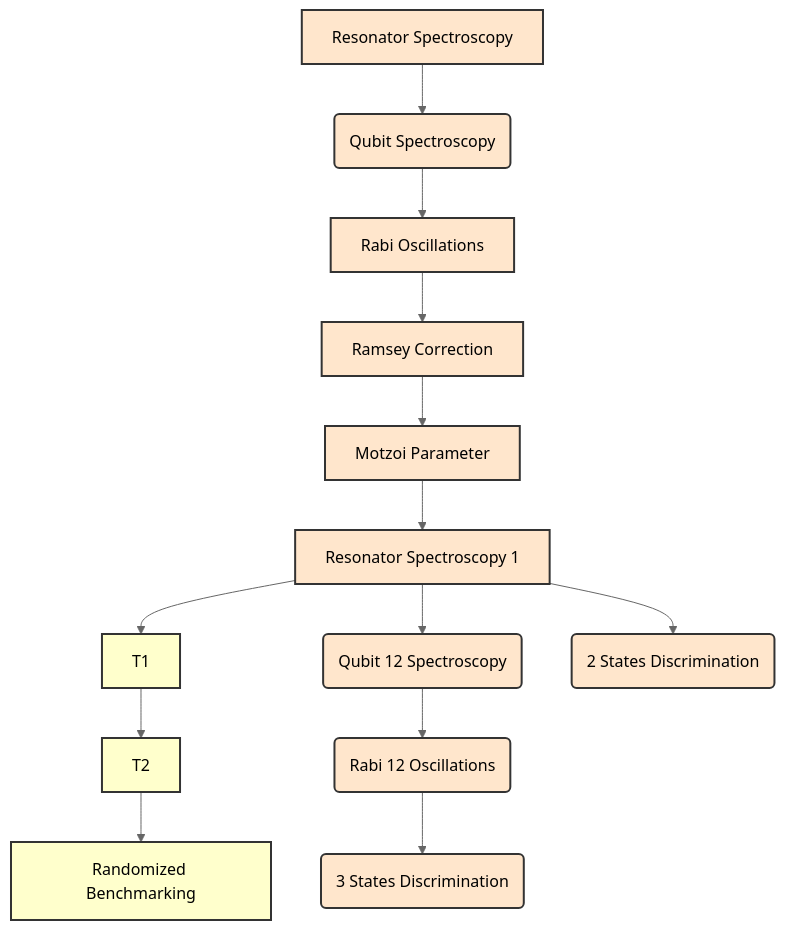
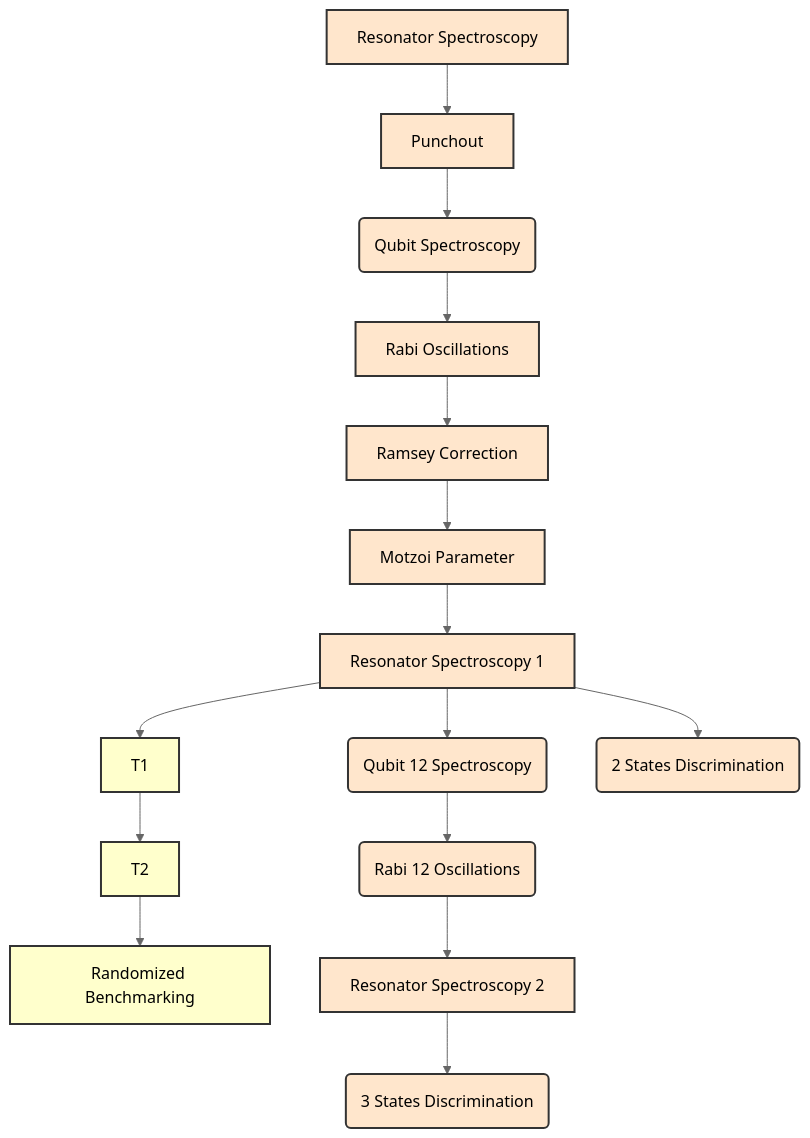
The diagram in docs_editable/available_nodes.qmd (tergite/tergite-autocalibration), drawn with Mermaid (neutral theme) before and after one commit. The commit also changed other lines of this file and 6 other files, not shown here.

````diff
--- a/docs_editable/available_nodes.qmd
+++ b/docs_editable/available_nodes.qmd
@@ -3,29 +3,33 @@
 ```{mermaid}
 graph TD
-    A[Resonator Spectroscopy] --> B(Qubit Spectroscopy)
+    A[Resonator Spectroscopy] --> A1[Punchout]
+    A1 --> B(Qubit Spectroscopy)
     B --> C[Rabi Oscillations]
     C --> D[Ramsey Correction]
     D --> E[Motzoi Parameter]
     E --> F[Resonator Spectroscopy 1]
     F --> C1[T1] --> C2[T2] --> C3[Randomized Benchmarking]
-    F --> F1(Qubit 12 Spectroscopy) --> G(Rabi 12 Oscillations)
+    F --> F1(Qubit 12 Spectroscopy) --> G(Rabi 12 Oscillations) --> G1[Resonator Spectroscopy 2]
     F --> H1(2 States Discrimination)
-    G --> H2(3 States Discrimination)
+    G1 --> H2(3 States Discrimination)
         
     click A href "nodes/resonator_spectroscopy_node.html"
+    click A1 href "nodes/punchout_node.html"
     click B href "nodes/qubit_spectroscopy_node.html"
 
     style A fill:#ffe6cc,stroke:#333,stroke-width:2px
+    style A1 fill:#ffe6cc,stroke:#333,stroke-width:2px
     style B fill:#ffe6cc,stroke:#333,stroke-width:2px
     style C fill:#ffe6cc,stroke:#333,stroke-width:2px
     style D fill:#ffe6cc,stroke:#333,stroke-width:2px
     style E fill:#ffe6cc,stroke:#333,stroke-width:2px
     style F fill:#ffe6cc,stroke:#333,stroke-width:2px
     style C1 fill:#ffffcc,stroke:#333,stroke-width:2px
     style C2 fill:#ffffcc,stroke:#333,stroke-width:2px
     style C3 fill:#ffffcc,stroke:#333,stroke-width:2px
     style F1 fill:#ffe6cc,stroke:#333,stroke-width:2px
     style G fill:#ffe6cc,stroke:#333,stroke-width:2px
+    style G1 fill:#ffe6cc,stroke:#333,stroke-width:2px
     style H1 fill:#ffe6cc,stroke:#333,stroke-width:2px
     style H2 fill:#ffe6cc,stroke:#333,stroke-width:2px
 ```
````
